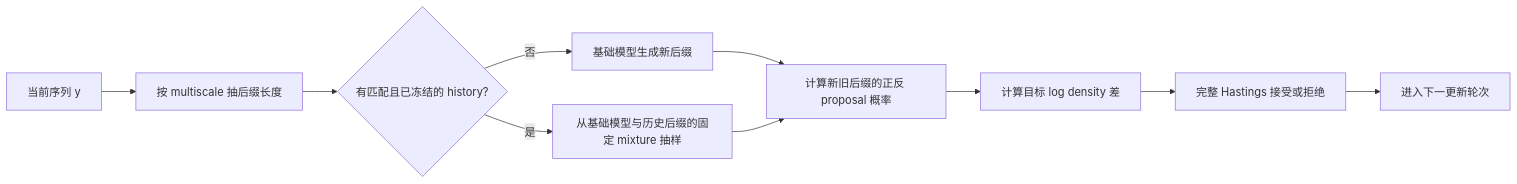
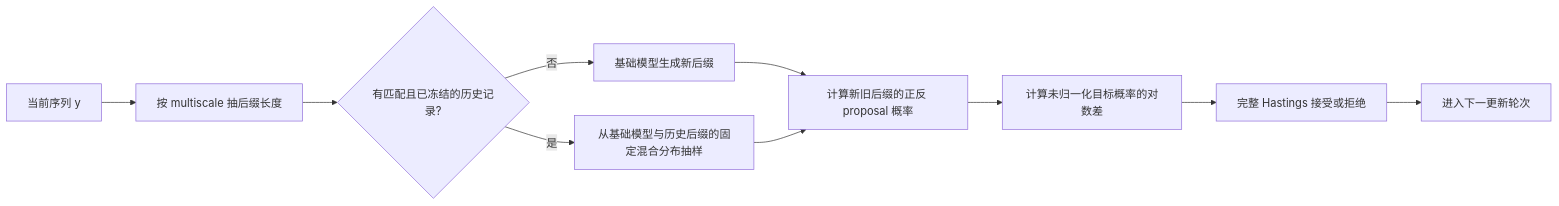
One commit to xchang1121/inference_scaling changed the first of 2 diagrams in docs/methods/ALGORITHMS.md. Above: the diagram before and after it, drawn with Mermaid. The commit also changed other lines of this file and 11 other files, not shown here.

````diff
--- a/docs/methods/ALGORITHMS.md
+++ b/docs/methods/ALGORITHMS.md
@@ -126,12 +134,12 @@
 ```mermaid
 flowchart LR
     A[当前序列 y] --> B[按 multiscale 抽后缀长度]
-    B --> C{有匹配且已冻结的 history?}
+    B --> C{有匹配且已冻结的历史记录?}
     C -- 否 --> D[基础模型生成新后缀]
-    C -- 是 --> E[从基础模型与历史后缀的固定 mixture 抽样]
+    C -- 是 --> E[从基础模型与历史后缀的固定混合分布抽样]
     D --> F[计算新旧后缀的正反 proposal 概率]
     E --> F
-    F --> G[计算目标 log density 差]
+    F --> G[计算未归一化目标概率的对数差]
     G --> H[完整 Hastings 接受或拒绝]
     H --> I[进入下一更新轮次]
 ```
````
